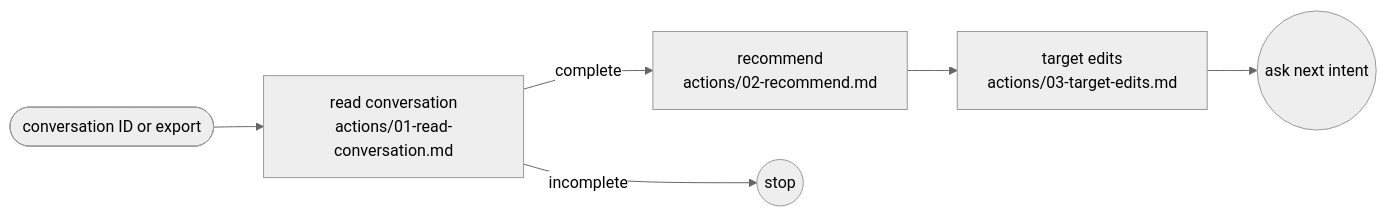
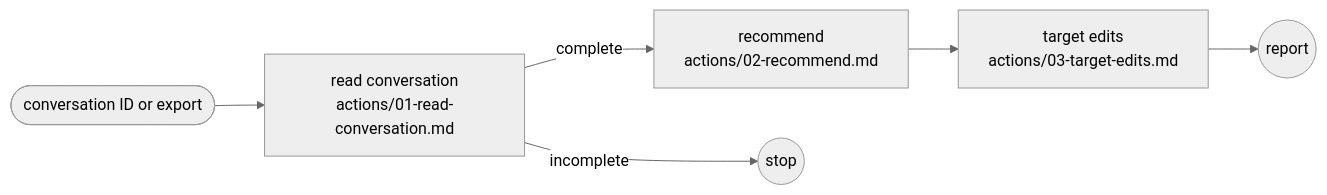
The diagram in plugins/aidd-refine/skills/05-review-conversation/SKILL.md (ai-driven-dev/framework), drawn with Mermaid (neutral theme) before and after one commit. The commit also changed 4 other files, not shown here.

````diff
--- a/plugins/aidd-refine/skills/05-review-conversation/SKILL.md
+++ b/plugins/aidd-refine/skills/05-review-conversation/SKILL.md
@@ -10,8 +10,8 @@
 ```mermaid
 flowchart LR
   start([conversation ID or export]) --> read["read conversation<br>actions/01-read-conversation.md"]
   read -->|complete| recommend["recommend<br>actions/02-recommend.md"]
   read -->|incomplete| unavailable((stop))
   recommend --> render["target edits<br>actions/03-target-edits.md"]
-  render --> question((ask next intent))
+  render --> done((report))
 ```
````
